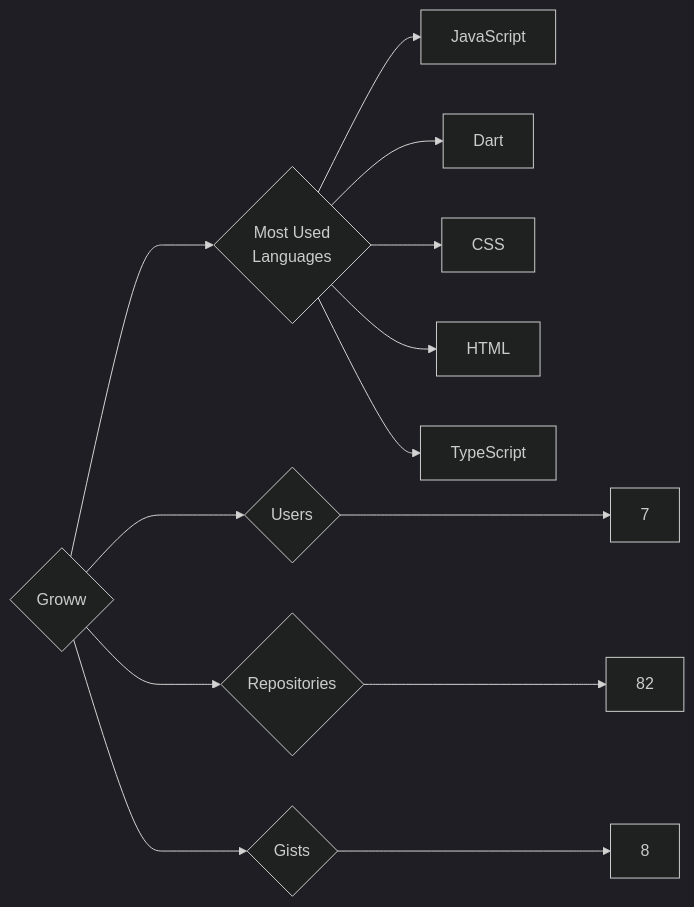
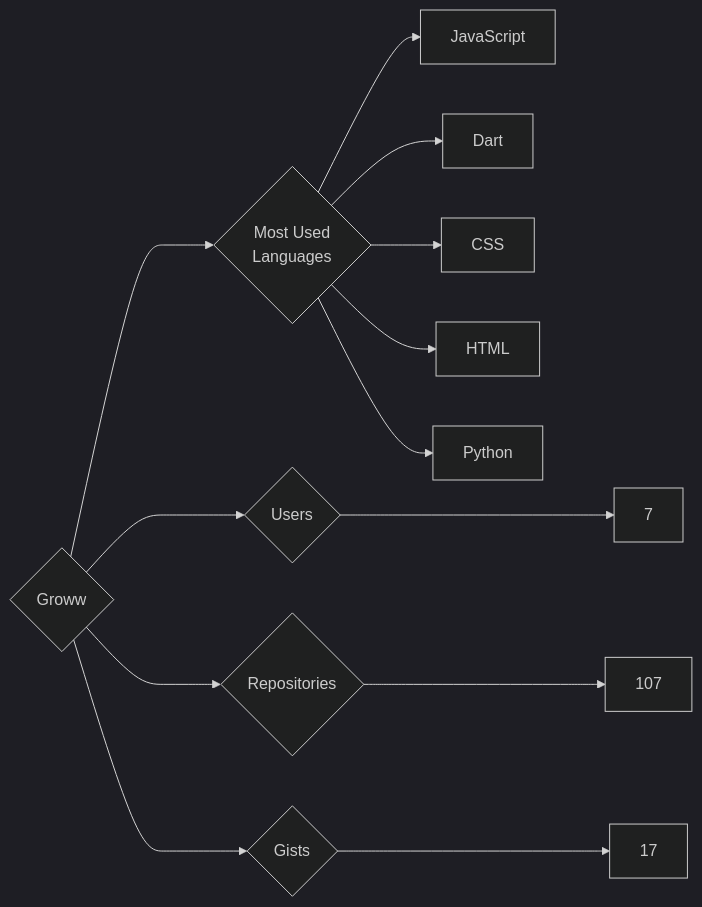
The diagram in targets/Groww/README.md (trickest/insiders), drawn with Mermaid (dark theme) before and after one commit. The commit also changed 815 other files, not shown here.

````diff
--- a/targets/Groww/README.md
+++ b/targets/Groww/README.md
@@ -3,13 +3,13 @@
 ```mermaid
 graph LR
 COMPANY_NAME{Groww}
 COMPANY_NAME ---> U{Users} ---> UN[7]
-COMPANY_NAME ---> R{Repositories} ---> RN[82]
-COMPANY_NAME ---> G{Gists} ---> GN[8]
+COMPANY_NAME ---> R{Repositories} ---> RN[107]
+COMPANY_NAME ---> G{Gists} ---> GN[17]
 COMPANY_NAME ---> ML{Most Used<br>Languages}
 ML --> JavaScript[JavaScript]
 ML --> Dart[Dart]
 ML --> CSS[CSS]
 ML --> HTML[HTML]
-ML --> TypeScript[TypeScript]
+ML --> Python[Python]
 ```
````
